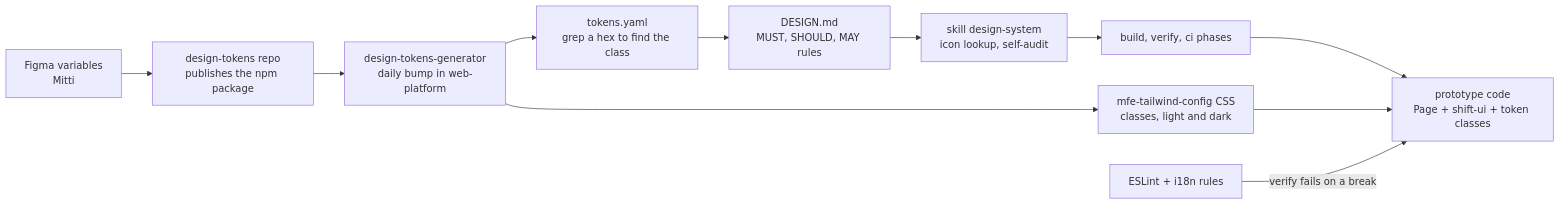
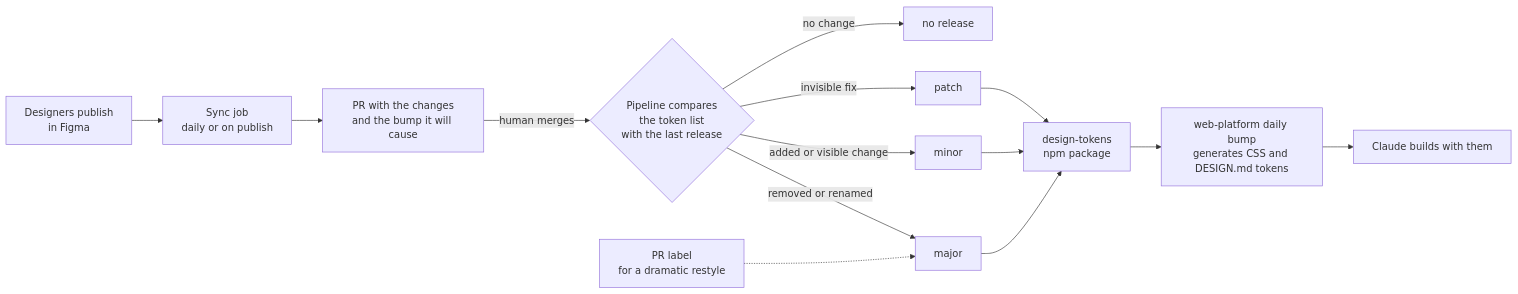
The third of 3 diagrams in README.md (oleg-chibikov/project-architecture), drawn with Mermaid before and after one commit. The commit also changed other lines of this file, not shown here.

Commit message:
Rewrite as interview notes, add token auto-versioning

````diff
--- a/README.md
+++ b/README.md
@@ -128,13 +48,14 @@
 ```mermaid
 flowchart LR
-  Figma["Figma variables<br/>Mitti"] --> Pkg["design-tokens repo<br/>publishes the npm package"]
-  Pkg --> Gen["design-tokens-generator<br/>daily bump in web-platform"]
-  Gen --> CSS["mfe-tailwind-config CSS<br/>classes, light and dark"]
-  Gen --> TY["tokens.yaml<br/>grep a hex to find the class"]
-  TY --> MD["DESIGN.md<br/>MUST, SHOULD, MAY rules"]
-  MD --> DSS["skill design-system<br/>icon lookup, self-audit"]
-  DSS --> Ph["build, verify, ci phases"]
-  Ph --> Code["prototype code<br/>Page + shift-ui + token classes"]
-  CSS --> Code
-  Lint["ESLint + i18n rules"] -->|verify fails on a break| Code
+  Figma["Designers publish<br/>in Figma"] --> Sync["Sync job<br/>daily or on publish"]
+  Sync --> SyncPR["PR with the changes<br/>and the bump it will cause"]
+  SyncPR -->|human merges| Bump{"Pipeline compares<br/>the token list<br/>with the last release"}
+  Bump -->|removed or renamed| Major["major"]
+  Bump -->|added or visible change| Minor["minor"]
+  Bump -->|invisible fix| Patch["patch"]
+  Bump -->|no change| NoRel["no release"]
+  Label["PR label<br/>for a dramatic restyle"] -.-> Major
+  Major & Minor & Patch --> Npm["design-tokens<br/>npm package"]
+  Npm --> WP["web-platform daily bump<br/>generates CSS and DESIGN.md tokens"]
+  WP --> Agent["Claude builds with them"]
 ```
````
